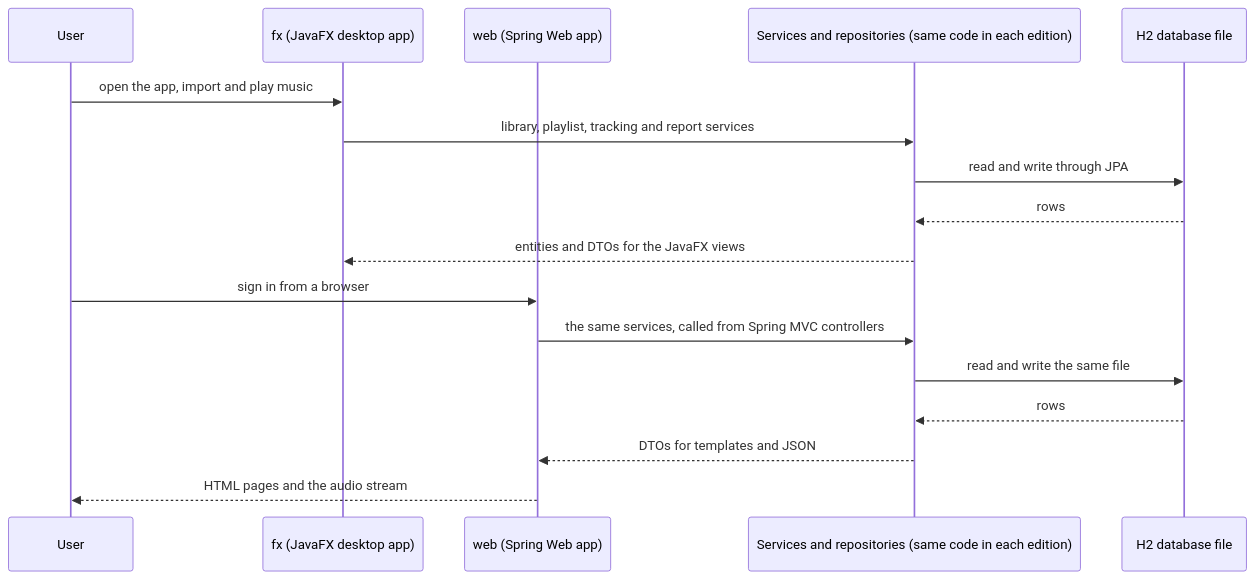
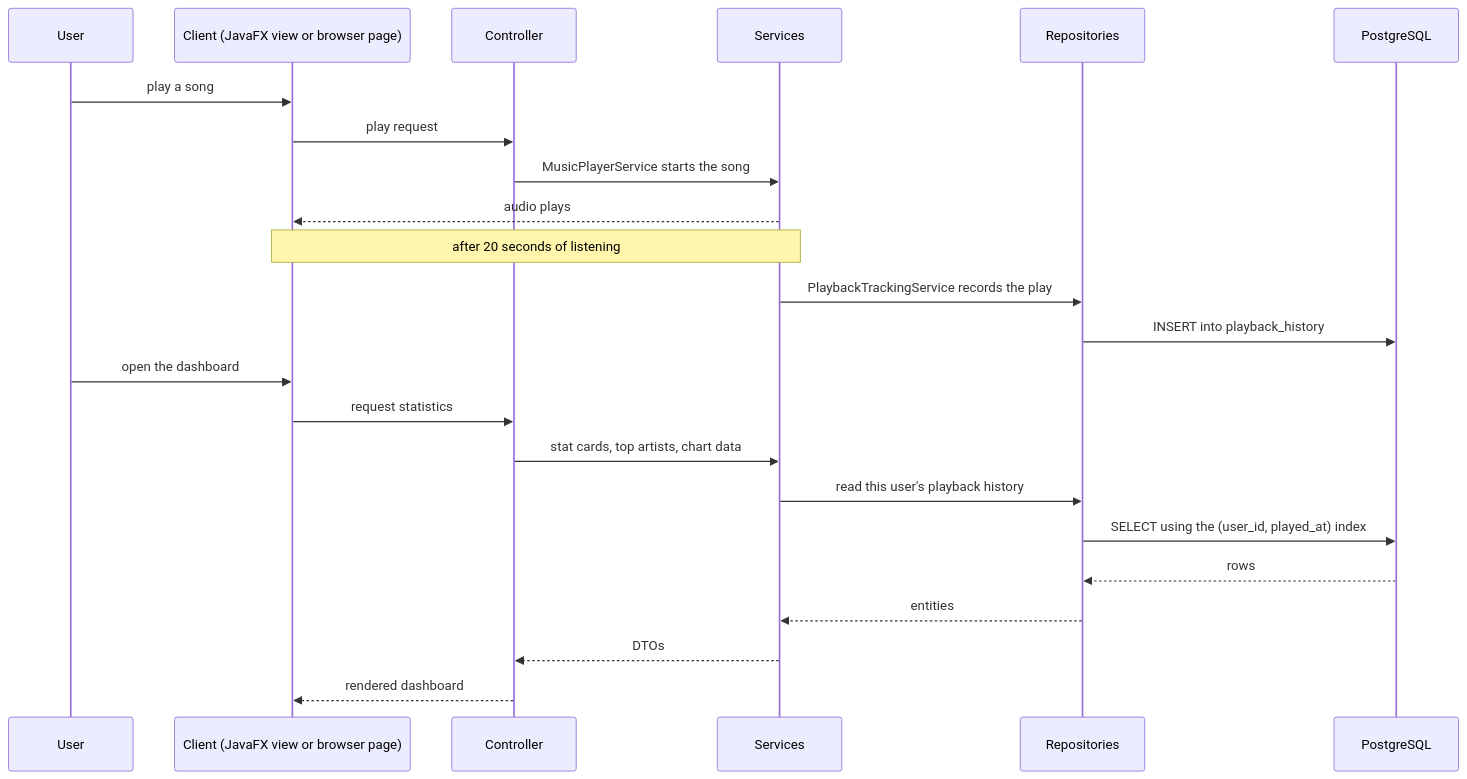
The diagram in README.md (SebastianDorata/MusicDashboard), drawn with Mermaid before and after one commit. The commit also changed other lines of this file and 1 other file, not shown here.

````diff
--- a/README.md
+++ b/README.md
@@ -37,19 +83,25 @@
 ```mermaid
 sequenceDiagram
     participant U as User
-    participant FX as fx (JavaFX desktop app)
-    participant WEB as web (Spring Web app)
-    participant S as Services and repositories (same code in each edition)
-    participant DB as H2 database file
-    U->>FX: open the app, import and play music
-    FX->>S: library, playlist, tracking and report services
-    S->>DB: read and write through JPA
-    DB-->>S: rows
-    S-->>FX: entities and DTOs for the JavaFX views
-    U->>WEB: sign in from a browser
-    WEB->>S: the same services, called from Spring MVC controllers
-    S->>DB: read and write the same file
-    DB-->>S: rows
-    S-->>WEB: DTOs for templates and JSON
-    WEB-->>U: HTML pages and the audio stream
+    participant C as Client (JavaFX view or browser page)
+    participant K as Controller
+    participant S as Services
+    participant R as Repositories
+    participant DB as PostgreSQL
+    U->>C: play a song
+    C->>K: play request
+    K->>S: MusicPlayerService starts the song
+    S-->>C: audio plays
+    Note over C,S: after 20 seconds of listening
+    S->>R: PlaybackTrackingService records the play
+    R->>DB: INSERT into playback_history
+    U->>C: open the dashboard
+    C->>K: request statistics
+    K->>S: stat cards, top artists, chart data
+    S->>R: read this user's playback history
+    R->>DB: SELECT using the (user_id, played_at) index
+    DB-->>R: rows
+    R-->>S: entities
+    S-->>K: DTOs
+    K-->>C: rendered dashboard
 ```
````
